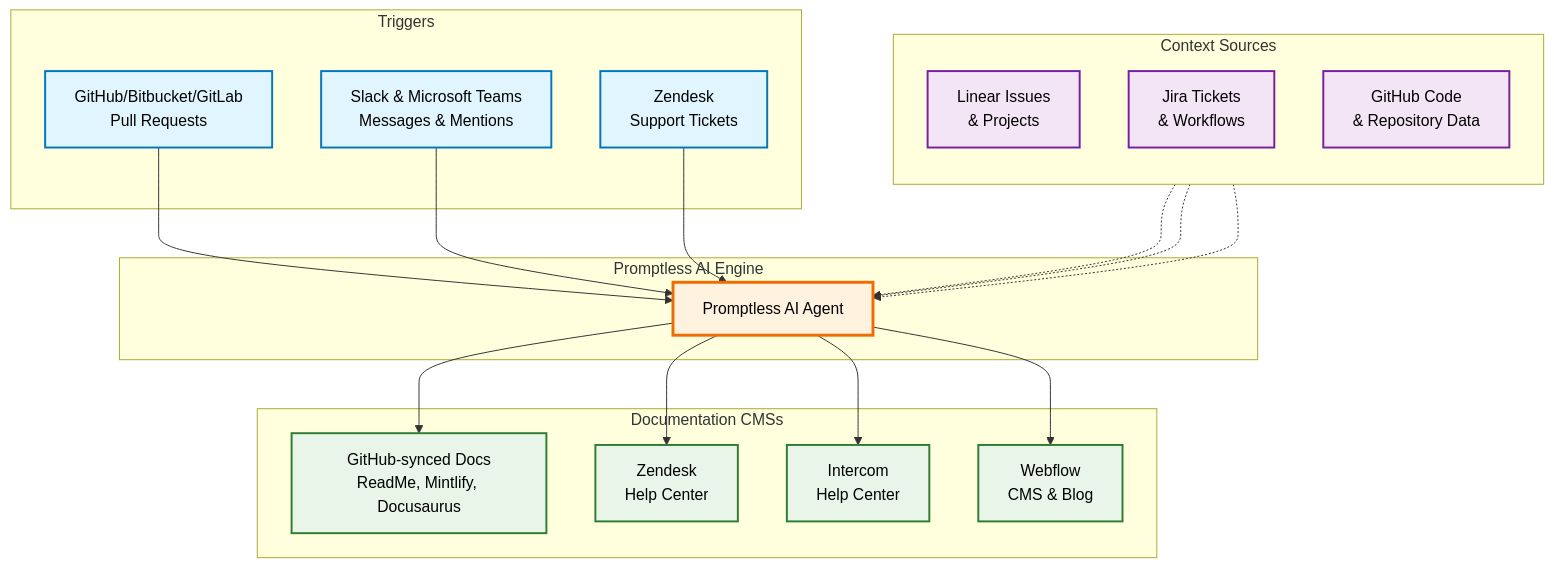
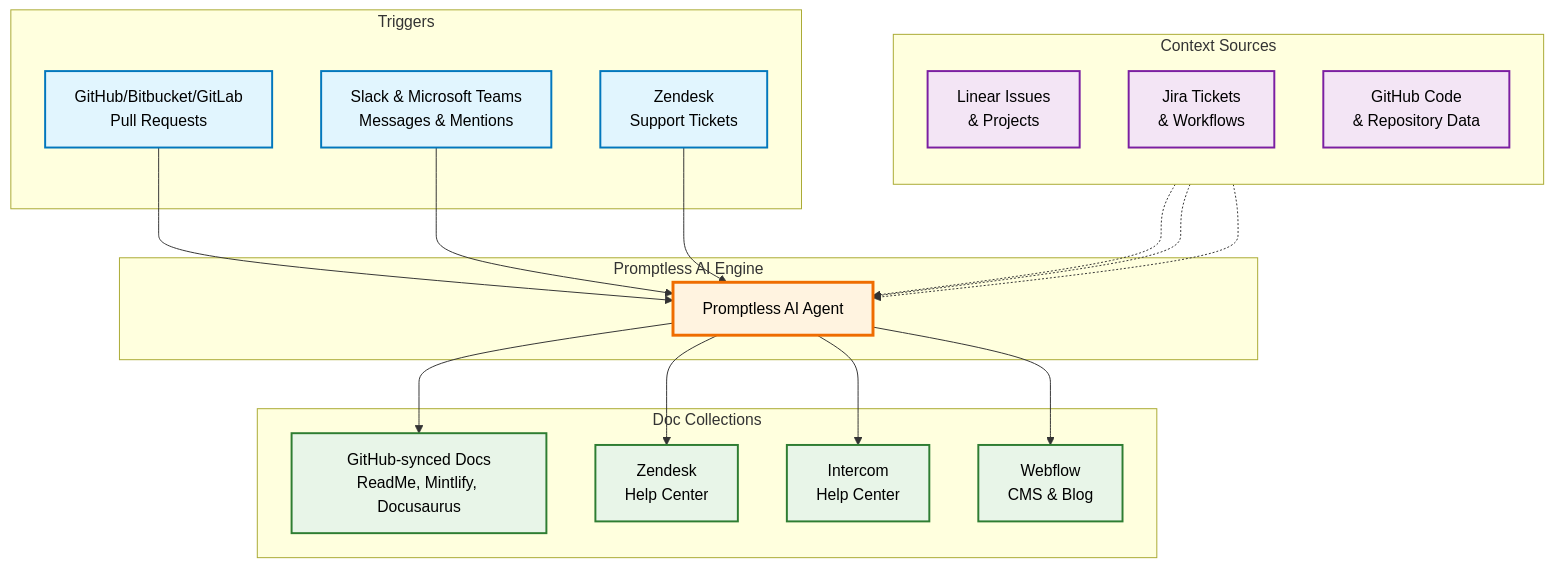
The diagram in fern/docs/core-concepts/index.mdx (Promptless/docs), drawn with Mermaid before and after one commit. The commit also changed other lines of this file and 3 other files, not shown here.

````diff
--- a/fern/docs/core-concepts/index.mdx
+++ b/fern/docs/core-concepts/index.mdx
@@ -9,55 +9,55 @@
 ```mermaid
 graph TB
     %% Triggers Section
     subgraph "Triggers"
         T1[GitHub/Bitbucket/GitLab<br/>Pull Requests]
         T2[Slack & Microsoft Teams<br/>Messages & Mentions]
         T3[Zendesk<br/>Support Tickets]
     end
 
     %% Context Sources Section (vertical layout)
     subgraph "Context Sources"
         direction TB
         C1[Linear Issues<br/>& Projects]
         C2[Jira Tickets<br/>& Workflows]
         C3[GitHub Code<br/>& Repository Data]
     end
 
     %% Promptless Core
     subgraph "Promptless AI Engine"
         AI[Promptless AI Agent]
     end
 
-    %% Documentation CMSs
-    subgraph "Documentation CMSs"
+    %% Doc Collections
+    subgraph "Doc Collections"
         D1[GitHub-synced Docs<br/>ReadMe, Mintlify, Docusaurus]
         D2[Zendesk<br/>Help Center]
         D3[Intercom<br/>Help Center]
         D4[Webflow<br/>CMS & Blog]
     end
 
     %% Connections
     T1 --> AI
     T2 --> AI
     T3 --> AI
     
     C1 -.-> AI
     C2 -.-> AI
     C3 -.-> AI
 
     AI --> D1
     AI --> D2
     AI --> D3
     AI --> D4
 
     %% Styling
     classDef triggerStyle fill:#e1f5fe,stroke:#0277bd,stroke-width:2px,color:#000000
     classDef contextStyle fill:#f3e5f5,stroke:#7b1fa2,stroke-width:2px,color:#000000
     classDef coreStyle fill:#fff3e0,stroke:#ef6c00,stroke-width:3px,color:#000000
     classDef cmsStyle fill:#e8f5e8,stroke:#2e7d32,stroke-width:2px,color:#000000
 
     class T1,T2,T3 triggerStyle
     class C1,C2,C3 contextStyle
     class AI coreStyle
     class D1,D2,D3,D4 cmsStyle
 ```
````
